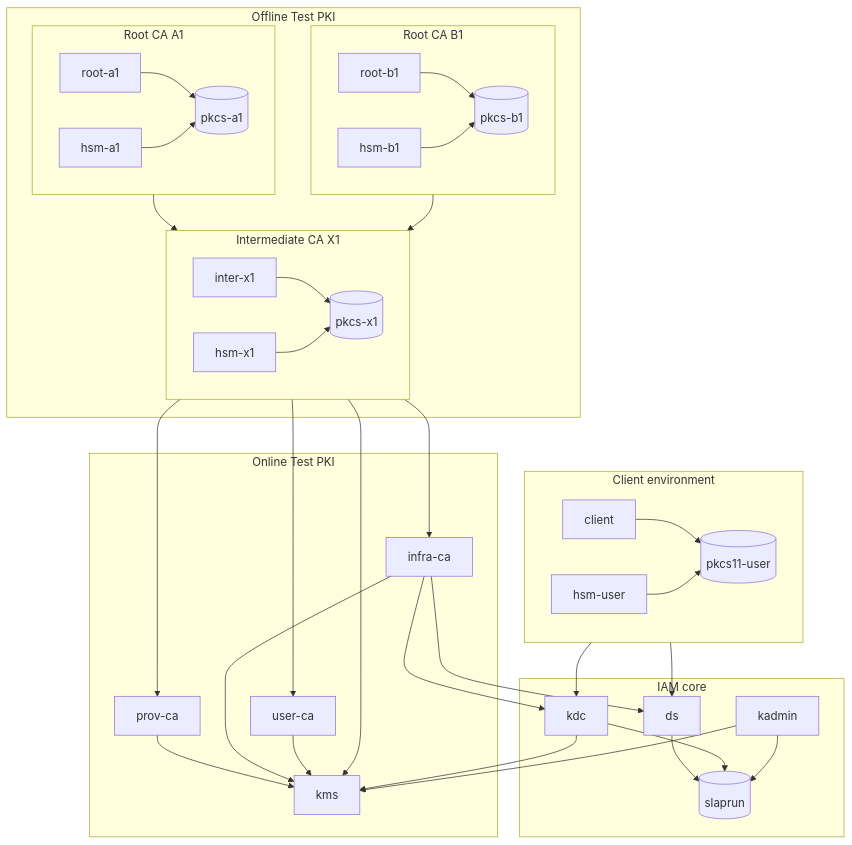
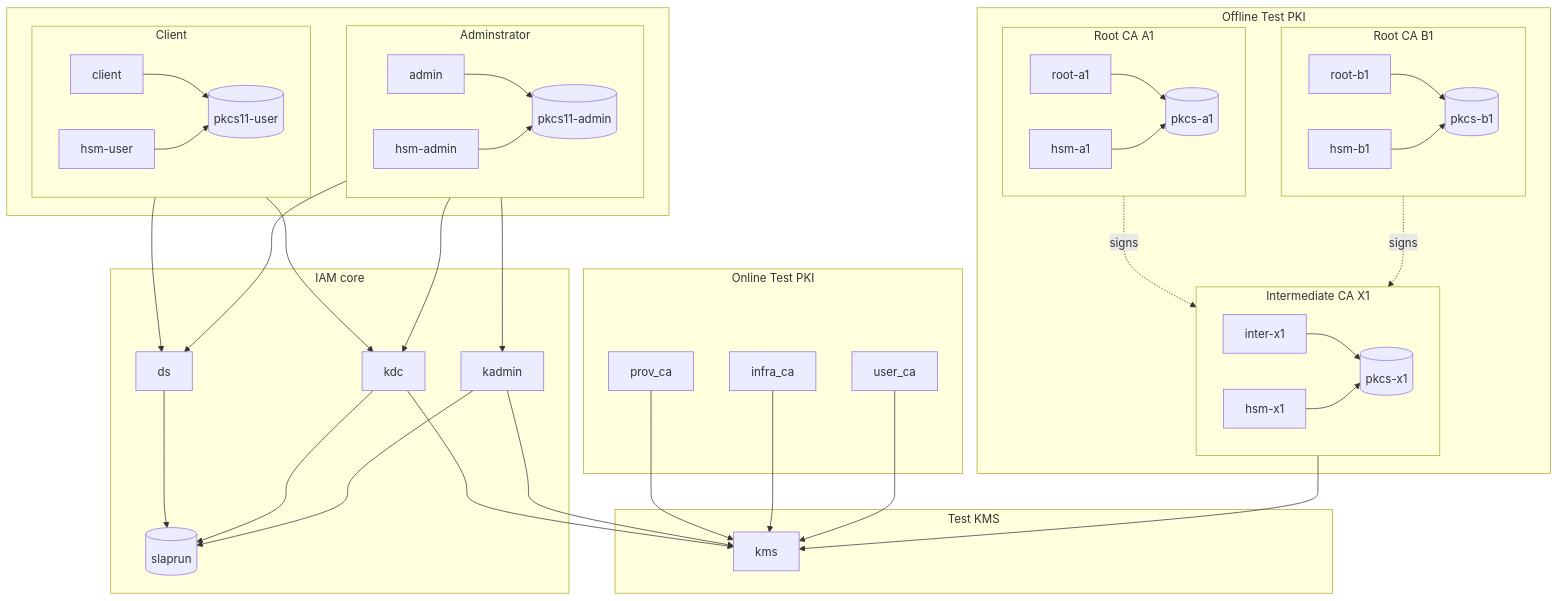
The fourth of 4 diagrams in README.md (bencrannich/iam.service), drawn with Mermaid before and after one commit. The commit also changed other lines of this file, not shown here.

Commit message:
WIP diagrams

````diff
--- a/README.md
+++ b/README.md
@@ -287,51 +489,69 @@
 ```mermaid
 flowchart
   subgraph offline ["Offline Test PKI"]
 
     subgraph a1 ["Root CA A1"]
       direction LR
       root_a1[root-a1] --> pkcs_a1[(pkcs-a1)]
       hsm_a1[hsm-a1] --> pkcs_a1
     end
 
     subgraph b1 ["Root CA B1"]
       direction LR
       root_b1[root-b1] --> pkcs_b1[(pkcs-b1)]
       hsm_b1[hsm-b1] --> pkcs_b1
     end
 
-    a1 --> x1
-    b1 --> x1
+    a1 -. signs .-> x1
+    b1 -. signs .-> x1
 
     subgraph x1 ["Intermediate CA X1"]
       direction LR
       inter_x1[inter-x1] --> pkcs_x1[(pkcs-x1)];
       hsm_x1[hsm-x1] --> pkcs_x1;
     end
 
   end
   
-  subgraph online_ca ["Online Test PKI"]
-    x1 --> kms;
-    x1 --> prov_ca[prov-ca] --> kms;
-    x1 --> infra_ca[infra-ca] --> kms;
-    x1 --> user_ca[user-ca] --> kms;
+  subgraph kms_env ["Test KMS"]
+    kms;
   end
 
-  subgraph core ["IAM core"]
+  subgraph online_ca ["Online Test PKI"]
+    x1 --> kms
+    prov_ca --> kms
+    infra_ca --> kms
+    user_ca --> kms
+  end
+
+%%    x1 -. signs .-> prov_ca[prov-ca]
+%%    x1 -. signs .-> infra_ca[infra-ca]
+%%    x1 -. signs .-> user_ca[user-ca]
+
+  subgraph iam_core ["IAM core"]
     ds; kdc; kadmin;
     ds --> slaprun[(slaprun)];
     kdc --> slaprun;
     kadmin --> slaprun;
 
-    infra_ca --> ds & kdc;
+    %% infra_ca -. issues .-> ds & kdc;
     kdc & kadmin --> kms;
   end
 
-  subgraph client_env ["Client environment"]
-    direction LR
-    client --> pkcs11_user[(pkcs11-user)];
-    hsm_user[hsm-user] --> pkcs11_user;
-    client --> ds & kdc;
+  subgraph inner [" "]
+    subgraph client_env ["Client"]
+      direction LR
+      client --> pkcs11_user[(pkcs11-user)];
+      hsm_user[hsm-user] --> pkcs11_user;
+    end
+    client_env --> ds & kdc;
+
+    subgraph admin_env ["Adminstrator"]
+      direction LR
+      admin --> pkcs11_admin[(pkcs11-admin)];
+      hsm_admin[hsm-admin] --> pkcs11_admin;
+    end
+    admin_env --> ds & kdc & kadmin;
   end
+
   ```
````
